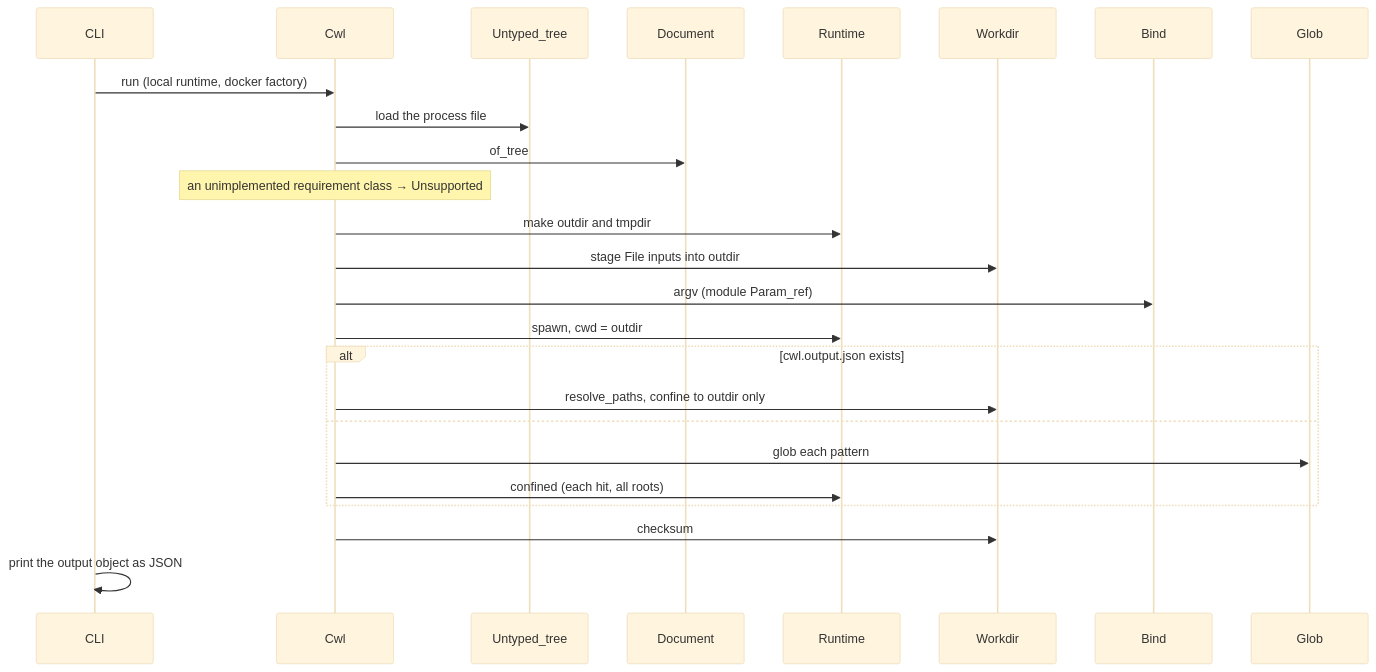
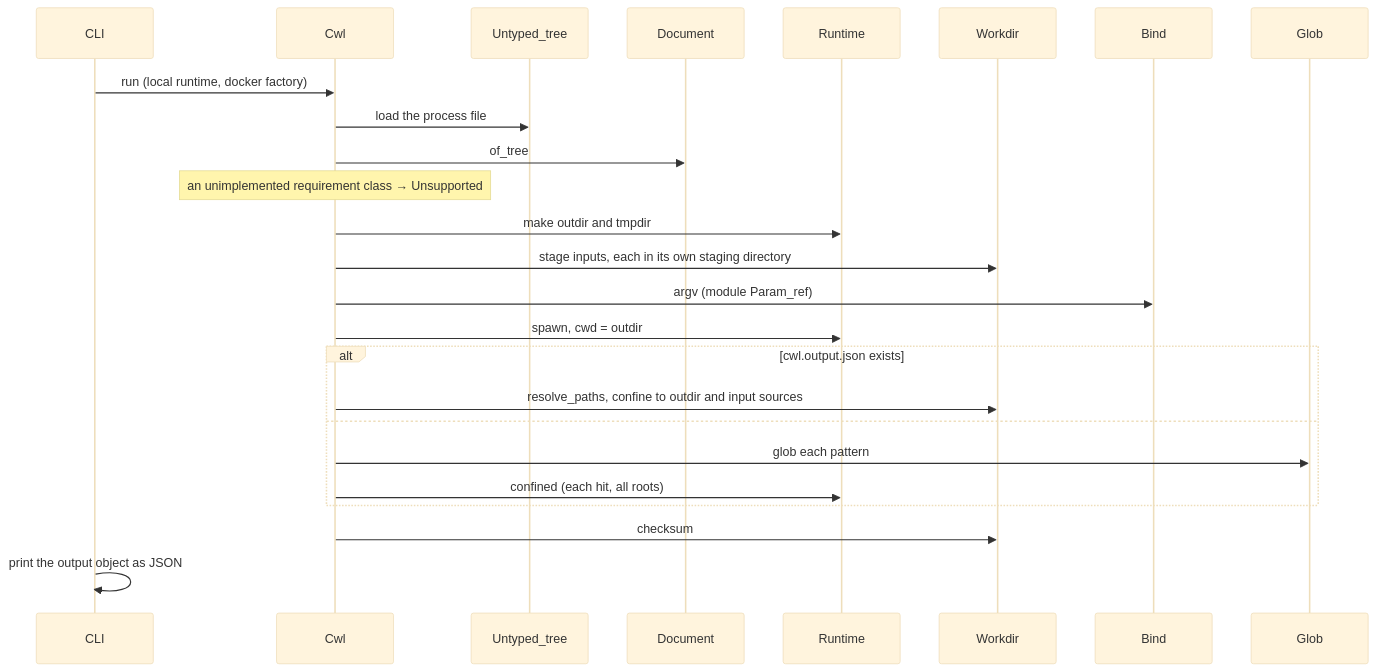
One commit to vjaganat90/caml-cwl-runner changed the diagram in design_docs/runner.md. Above: the diagram before and after it, drawn with Mermaid (base theme). The commit also changed other lines of this file and 16 other files, not shown here.

````diff
--- a/design_docs/runner.md
+++ b/design_docs/runner.md
@@ -91,27 +91,27 @@
 ```mermaid
 sequenceDiagram
   participant CLI
   participant Cwl
   participant Untyped_tree
   participant Document
   participant Runtime
   participant Workdir
   participant Bind
   participant Glob
   CLI->>Cwl: run (local runtime, docker factory)
   Cwl->>Untyped_tree: load the process file
   Cwl->>Document: of_tree
   Note over Cwl: an unimplemented requirement class → Unsupported
   Cwl->>Runtime: make outdir and tmpdir
-  Cwl->>Workdir: stage File inputs into outdir
+  Cwl->>Workdir: stage inputs, each in its own staging directory
   Cwl->>Bind: argv (module Param_ref)
   Cwl->>Runtime: spawn, cwd = outdir
   alt cwl.output.json exists
-    Cwl->>Workdir: resolve_paths, confine to outdir only
+    Cwl->>Workdir: resolve_paths, confine to outdir and input sources
   else
     Cwl->>Glob: glob each pattern
     Cwl->>Runtime: confined (each hit, all roots)
   end
   Cwl->>Workdir: checksum
   CLI->>CLI: print the output object as JSON
 ```
````
